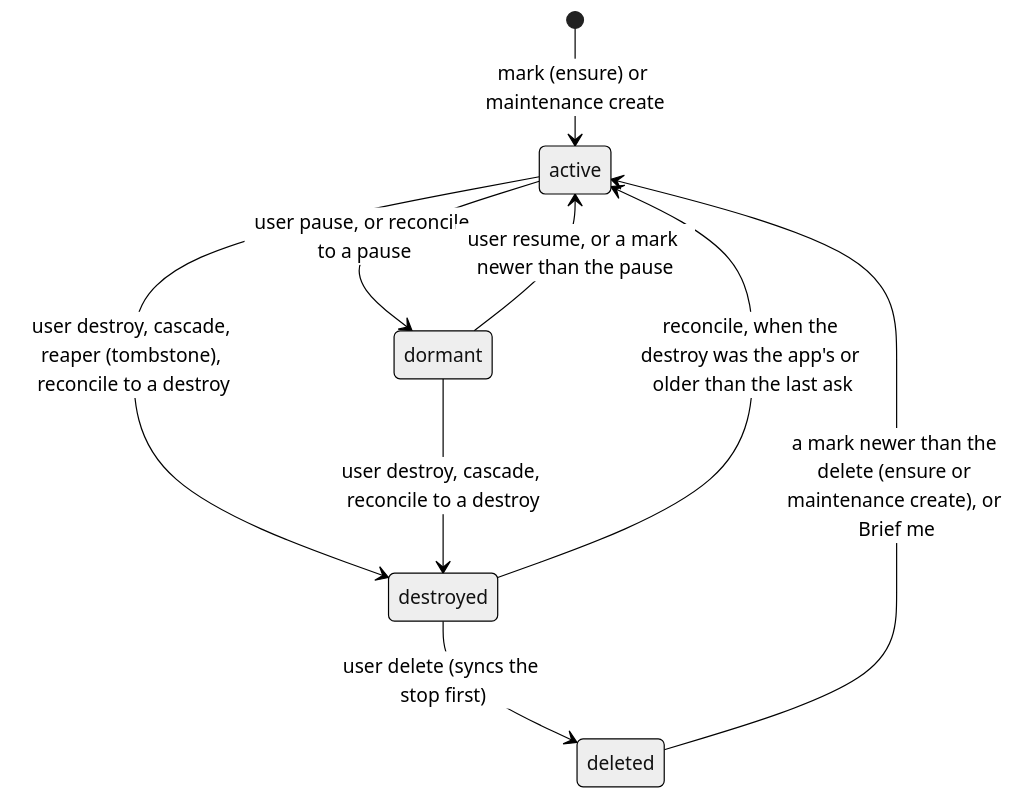
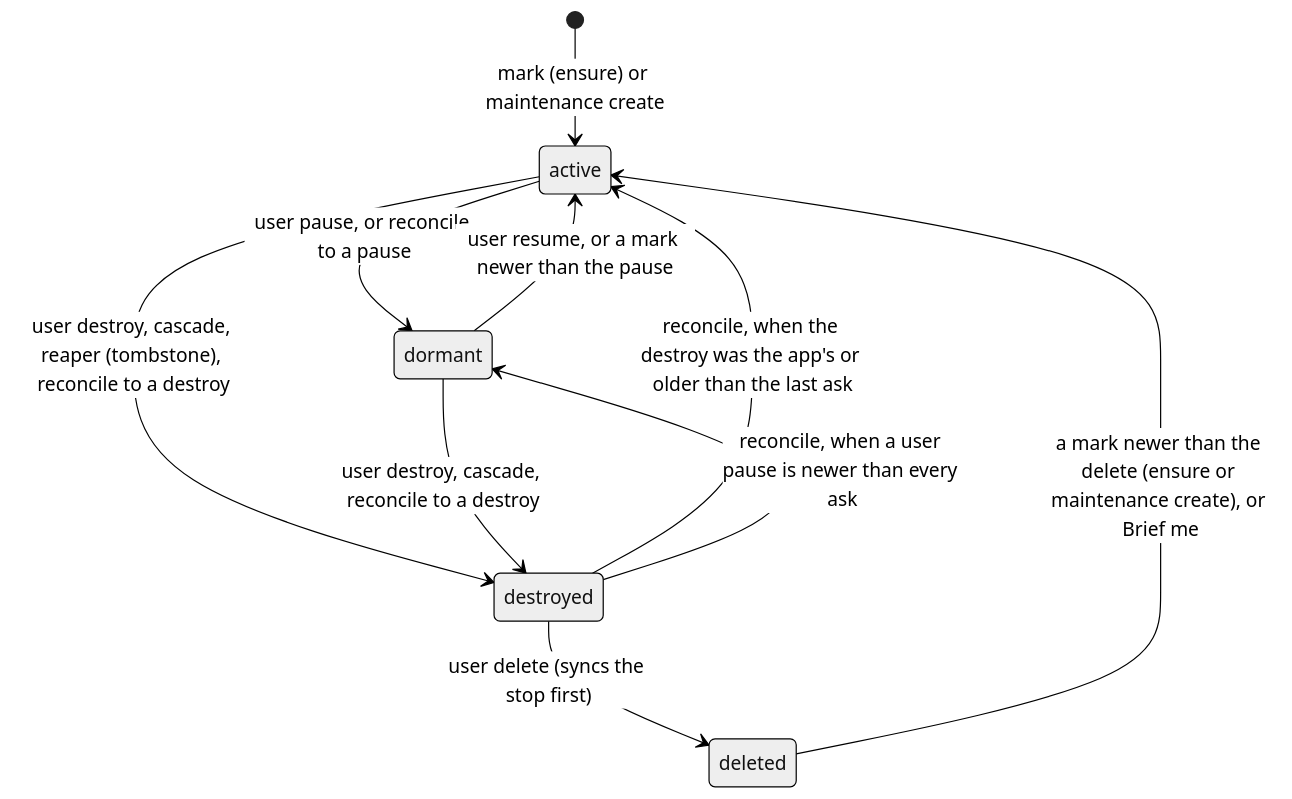
One commit to matthiasn/lotti changed the sixth of 16 diagrams in knowledge/features/relationships.md. Above: the diagram before and after it, drawn with Mermaid (neutral theme). The commit also changed other lines of this file and 1 other file, not shown here.

````diff
--- a/knowledge/features/relationships.md
+++ b/knowledge/features/relationships.md
@@ -847,11 +847,12 @@
 ```mermaid
 stateDiagram-v2
   [*] --> active: mark (ensure) or maintenance create
   active --> dormant: user pause, or reconcile to a pause
   dormant --> active: user resume, or a mark newer than the pause
   active --> destroyed: user destroy, cascade, reaper (tombstone), reconcile to a destroy
   dormant --> destroyed: user destroy, cascade, reconcile to a destroy
   destroyed --> active: reconcile, when the destroy was the app's or older than the last ask
+  destroyed --> dormant: reconcile, when a user pause is newer than every ask
   destroyed --> deleted: user delete (syncs the stop first)
   deleted --> active: a mark newer than the delete (ensure or maintenance create), or Brief me
 ```
````
